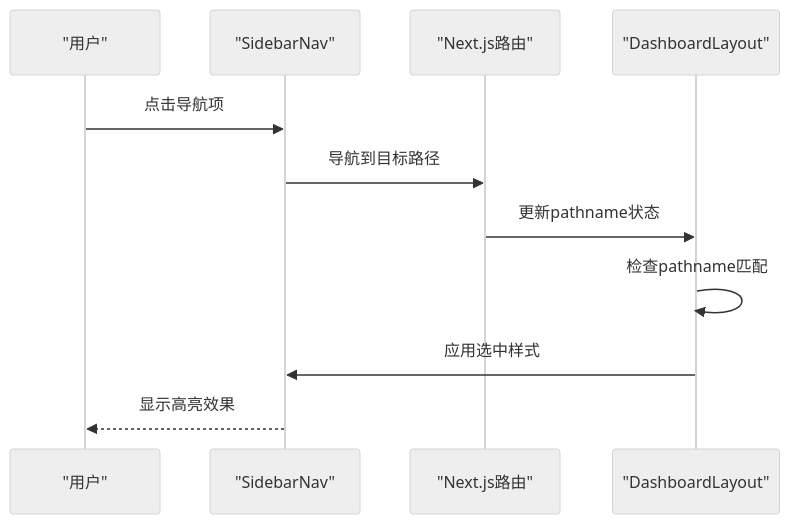
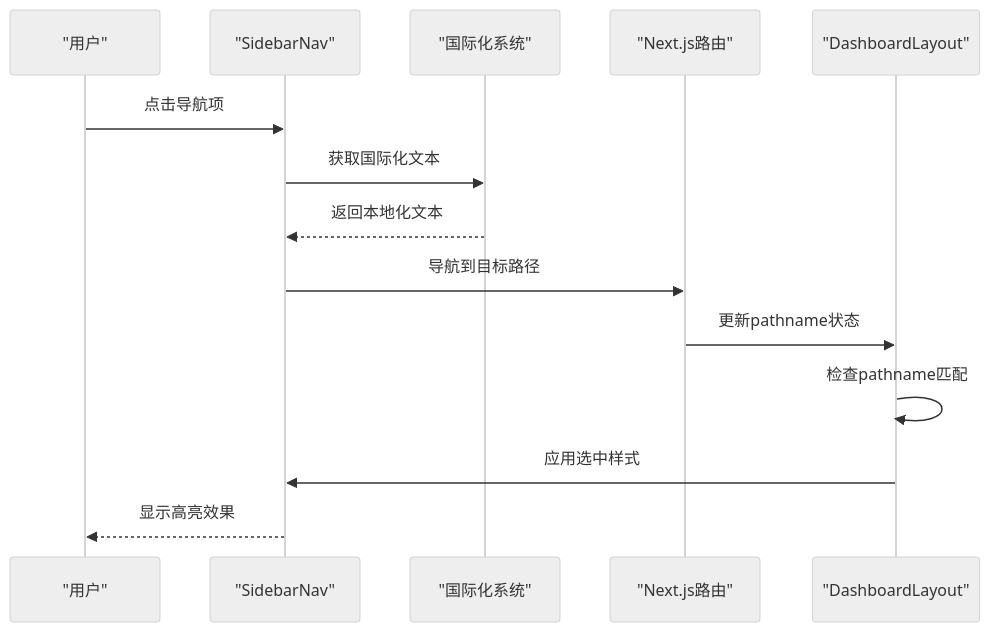
One commit to RadiumAg/AIGate changed the sixth of 25 diagrams in .qoder/repowiki/zh/content/前端组件/仪表板布局.md. Above: the diagram before and after it, drawn with Mermaid (neutral theme). The commit also changed other lines of this file and 21 other files, not shown here.

````diff
--- a/.qoder/repowiki/zh/content/前端组件/仪表板布局.md
+++ b/.qoder/repowiki/zh/content/前端组件/仪表板布局.md
@@ -345,13 +374,16 @@
 ```mermaid
 sequenceDiagram
 participant User as "用户"
 participant Nav as "SidebarNav"
+participant I18n as "国际化系统"
 participant Router as "Next.js路由"
 participant Layout as "DashboardLayout"
 User->>Nav : 点击导航项
+Nav->>I18n : 获取国际化文本
+I18n-->>Nav : 返回本地化文本
 Nav->>Router : 导航到目标路径
 Router->>Layout : 更新pathname状态
 Layout->>Layout : 检查pathname匹配
 Layout->>Nav : 应用选中样式
 Nav-->>User : 显示高亮效果
 ```
````
